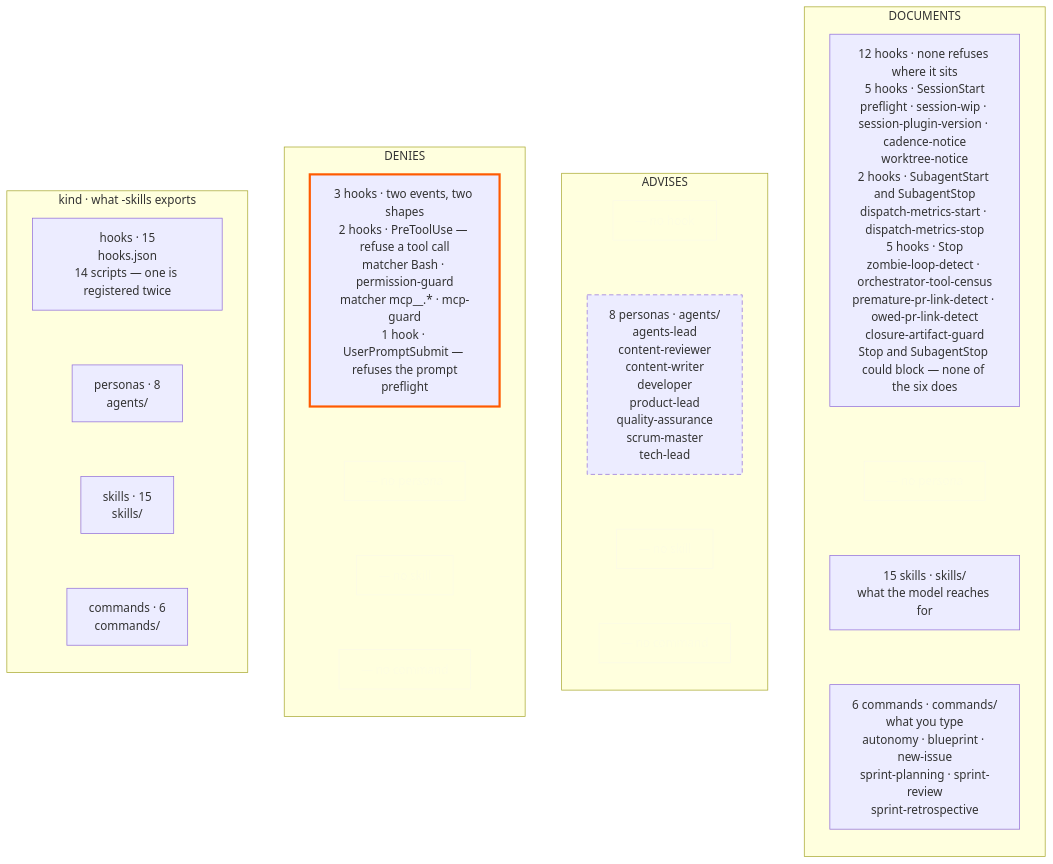
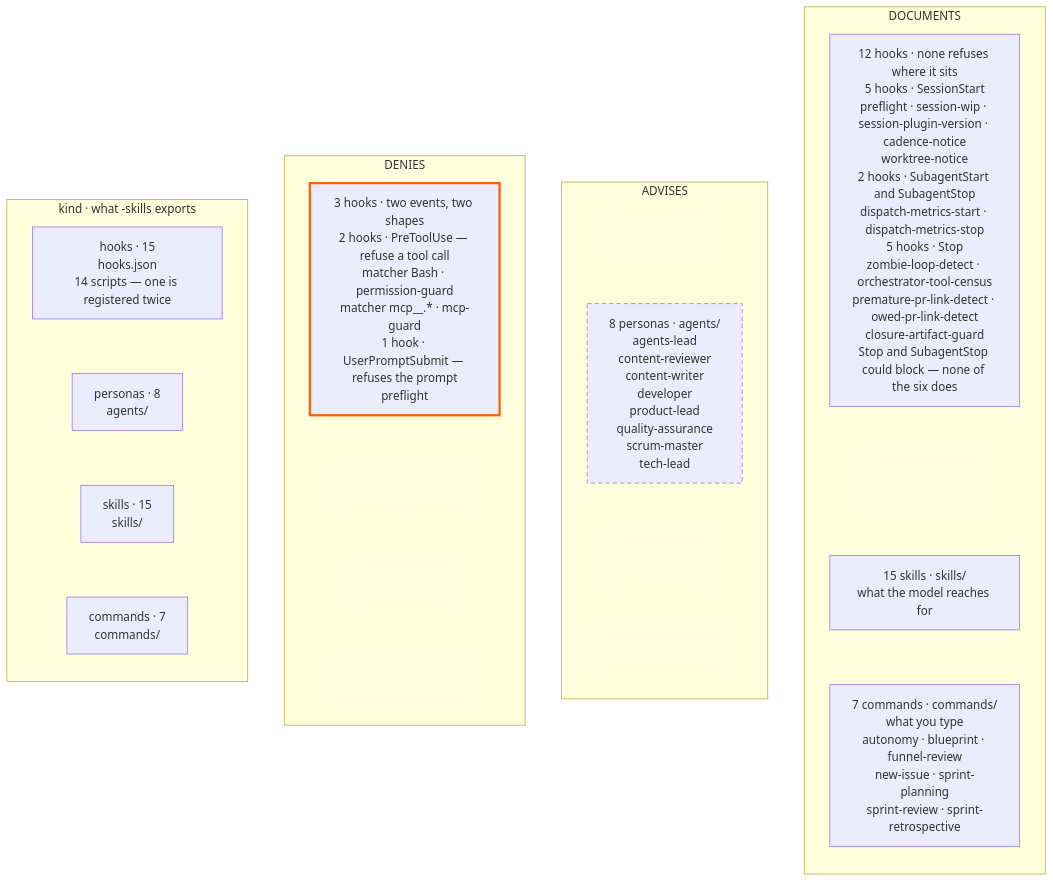
One commit to tedeuxx/tadeumendonca-io changed the third of 3 diagrams in apps/fed/src/content/architecture.en.md. Above: the diagram before and after it, drawn with Mermaid. The commit also changed 5 other files, not shown here.

First line of the commit message:
fix(architecture): catch the commands figure up to the plugin — 6 -> 7 (#636)

````diff
--- a/apps/fed/src/content/architecture.en.md
+++ b/apps/fed/src/content/architecture.en.md
@@ -189,49 +189,49 @@
 ```mermaid
 flowchart LR
   accTitle: What the harness is made of
-  accDescr: The claim comes first, because the claim is what the grid is for. Of everything the plugin exports, exactly one kind can REFUSE — a hook — and only on two of the six events it registers on. Personas ADVISE, and skills and commands only DOCUMENT. Four kinds against three classes of force is twelve cells; five hold something and seven are empty, and the seven empty ones are the argument. Now the inventory the claim is read off. The lanes are the 15 hook registrations in hooks.json, written by 14 scripts because preflight is registered twice; the 8 personas in the agents directory; the 15 skills in the skills directory; and the 6 commands in the commands directory. The deny column holds one cell, and it holds 3 registrations across two events of different shapes: permission-guard on the matcher Bash and mcp-guard on the matcher for MCP tools, both on PreToolUse, which refuse a tool call before it runs; and preflight on UserPromptSubmit, which refuses the prompt itself, before the turn starts. Persona, skill and command have no cell there at all. The middle column holds one cell too: the 8 personas — agents-lead, content-reviewer, content-writer, developer, product-lead, quality-assurance, scrum-master and tech-lead — which ADVISE, and that is a claim about their judgement rather than about their seat, because a lens nobody dispatches fails silently. The third column, the one whose components only DOCUMENT, holds three cells: the 15 skills, which is what the model reaches for on its own; the 6 commands, which is what a person types; and the other 12 hook registrations — 5 on SessionStart, 2 on SubagentStart and SubagentStop, and 5 on Stop. Read the two columns together and preflight appears in both, because it is registered twice with a different class on each event, and that is the drawing being derived rather than drawn: nobody authoring by hand would draw one script in two columns of the same grid.
+  accDescr: The claim comes first, because the claim is what the grid is for. Of everything the plugin exports, exactly one kind can REFUSE — a hook — and only on two of the six events it registers on. Personas ADVISE, and skills and commands only DOCUMENT. Four kinds against three classes of force is twelve cells; five hold something and seven are empty, and the seven empty ones are the argument. Now the inventory the claim is read off. The lanes are the 15 hook registrations in hooks.json, written by 14 scripts because preflight is registered twice; the 8 personas in the agents directory; the 15 skills in the skills directory; and the 7 commands in the commands directory. The deny column holds one cell, and it holds 3 registrations across two events of different shapes: permission-guard on the matcher Bash and mcp-guard on the matcher for MCP tools, both on PreToolUse, which refuse a tool call before it runs; and preflight on UserPromptSubmit, which refuses the prompt itself, before the turn starts. Persona, skill and command have no cell there at all. The middle column holds one cell too: the 8 personas — agents-lead, content-reviewer, content-writer, developer, product-lead, quality-assurance, scrum-master and tech-lead — which ADVISE, and that is a claim about their judgement rather than about their seat, because a lens nobody dispatches fails silently. The third column, the one whose components only DOCUMENT, holds three cells: the 15 skills, which is what the model reaches for on its own; the 7 commands, which is what a person types; and the other 12 hook registrations — 5 on SessionStart, 2 on SubagentStart and SubagentStop, and 5 on Stop. Read the two columns together and preflight appears in both, because it is registered twice with a different class on each event, and that is the drawing being derived rather than drawn: nobody authoring by hand would draw one script in two columns of the same grid.
   subgraph LANE["kind · what -skills exports"]
     direction TB
     LH["hooks · 15<br/>hooks.json<br/>14 scripts — one is registered twice"]
     LP["personas · 8<br/>agents/"]
     LS["skills · 15<br/>skills/"]
-    LC["commands · 6<br/>commands/"]
+    LC["commands · 7<br/>commands/"]
     LH ~~~ LP ~~~ LS ~~~ LC
   end
   subgraph COLD["DENIES"]
     direction TB
     HKD["3 hooks · two events, two shapes<br/>2 hooks · PreToolUse — refuse a tool call<br/>matcher Bash · permission-guard<br/>matcher mcp__.* · mcp-guard<br/>1 hook · UserPromptSubmit — refuses the prompt<br/>preflight"]
     PSD["— no persona"]
     SKD["— no skill"]
     CMD["— no command"]
     HKD ~~~ PSD ~~~ SKD ~~~ CMD
   end
   subgraph COLA["ADVISES"]
     direction TB
     HKA["— no hook"]
     PS["8 personas · agents/<br/>agents-lead<br/>content-reviewer<br/>content-writer<br/>developer<br/>product-lead<br/>quality-assurance<br/>scrum-master<br/>tech-lead"]
     SKA["— no skill"]
     CMA["— no command"]
     HKA ~~~ PS ~~~ SKA ~~~ CMA
   end
   subgraph COLO["DOCUMENTS"]
     direction TB
     HKR["12 hooks · none refuses where it sits<br/>5 hooks · SessionStart<br/>preflight · session-wip · session-plugin-version · cadence-notice<br/>worktree-notice<br/>2 hooks · SubagentStart and SubagentStop<br/>dispatch-metrics-start · dispatch-metrics-stop<br/>5 hooks · Stop<br/>zombie-loop-detect · orchestrator-tool-census<br/>premature-pr-link-detect · owed-pr-link-detect<br/>closure-artifact-guard<br/>Stop and SubagentStop could block — none of the six does"]
     PSO["— no persona"]
     SK["15 skills · skills/<br/>what the model reaches for"]
-    CM["6 commands · commands/<br/>what you type<br/>autonomy · blueprint · new-issue<br/>sprint-planning · sprint-review<br/>sprint-retrospective"]
+    CM["7 commands · commands/<br/>what you type<br/>autonomy · blueprint · funnel-review<br/>new-issue · sprint-planning<br/>sprint-review · sprint-retrospective"]
     HKR ~~~ PSO ~~~ SK ~~~ CM
   end
   LANE ~~~ COLD ~~~ COLA ~~~ COLO
   classDef mechanism stroke:#FF5A00,stroke-width:3px
   classDef convention stroke-dasharray:6 4
   %% `empty` must never use #FF5A00 or a stroke-dasharray: the suite counts exactly one accented box
   %% (the mechanism) and exactly one dashed box (the convention) in the compiled SVG, and either token
   %% here would make seven empty cells claim a force they do not have. It must also stay inside ADR-0008's
   %% three colours — the first draft receded these cells with #555555/#888888 and the palette gate caught
   %% it in both editions. Opacity is how a cell recedes here; a fourth grey is not available.
   classDef empty fill:none,stroke:#F5F4EF,color:#F5F4EF,opacity:0.45
   class HKD mechanism
   class PS convention
   class PSD,SKD,CMD,HKA,SKA,CMA,PSO empty
 ```
````
